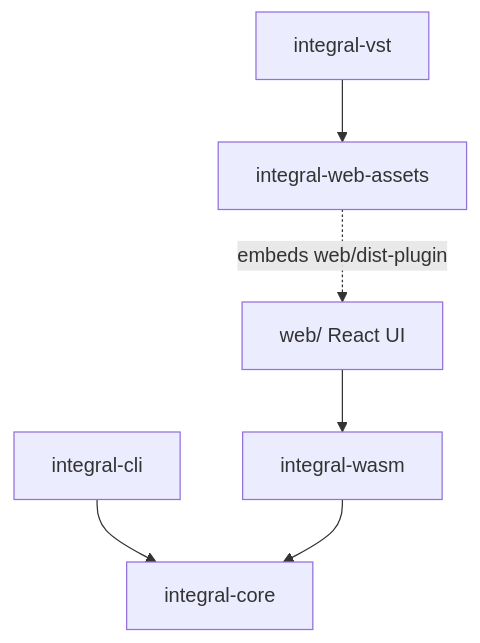
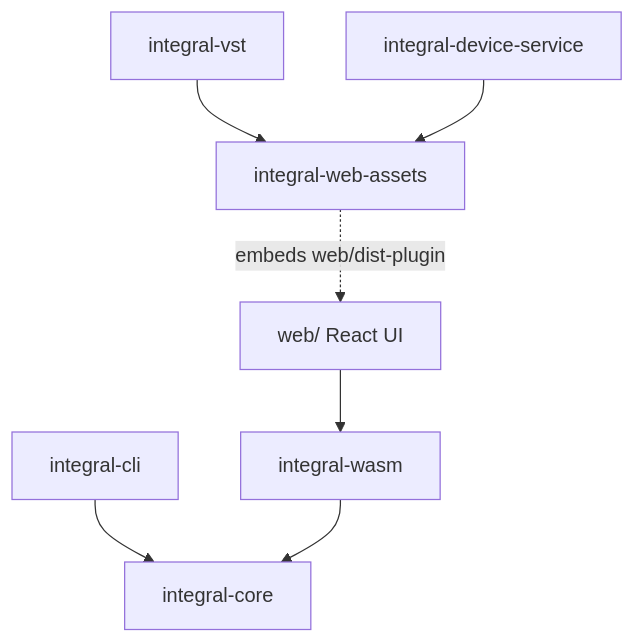
One commit to sigma/integral changed the diagram in crates/README.md. Above: the diagram before and after it, drawn with Mermaid. The commit also changed other lines of this file and 11 other files, not shown here.

First line of the commit message:
feat(service): serve the web app from the Device service so Safari can reach it

````diff
--- a/crates/README.md
+++ b/crates/README.md
@@ -14,9 +14,10 @@
 ```mermaid
 graph TD
   core[integral-core]
   cli[integral-cli] --> core
   wasm[integral-wasm] --> core
   web[web/ React UI] --> wasm
   assets[integral-web-assets] -. embeds web/dist-plugin .-> web
   vst[integral-vst] --> assets
+  service[integral-device-service] --> assets
 ```
````
